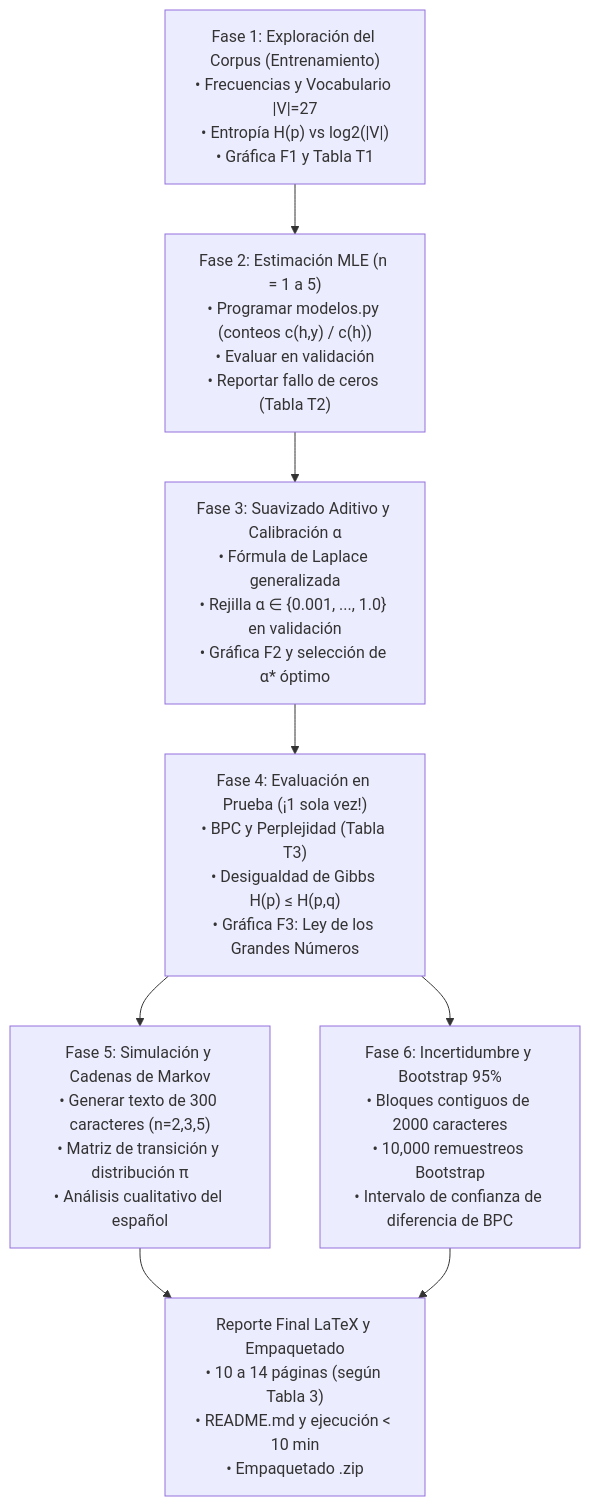
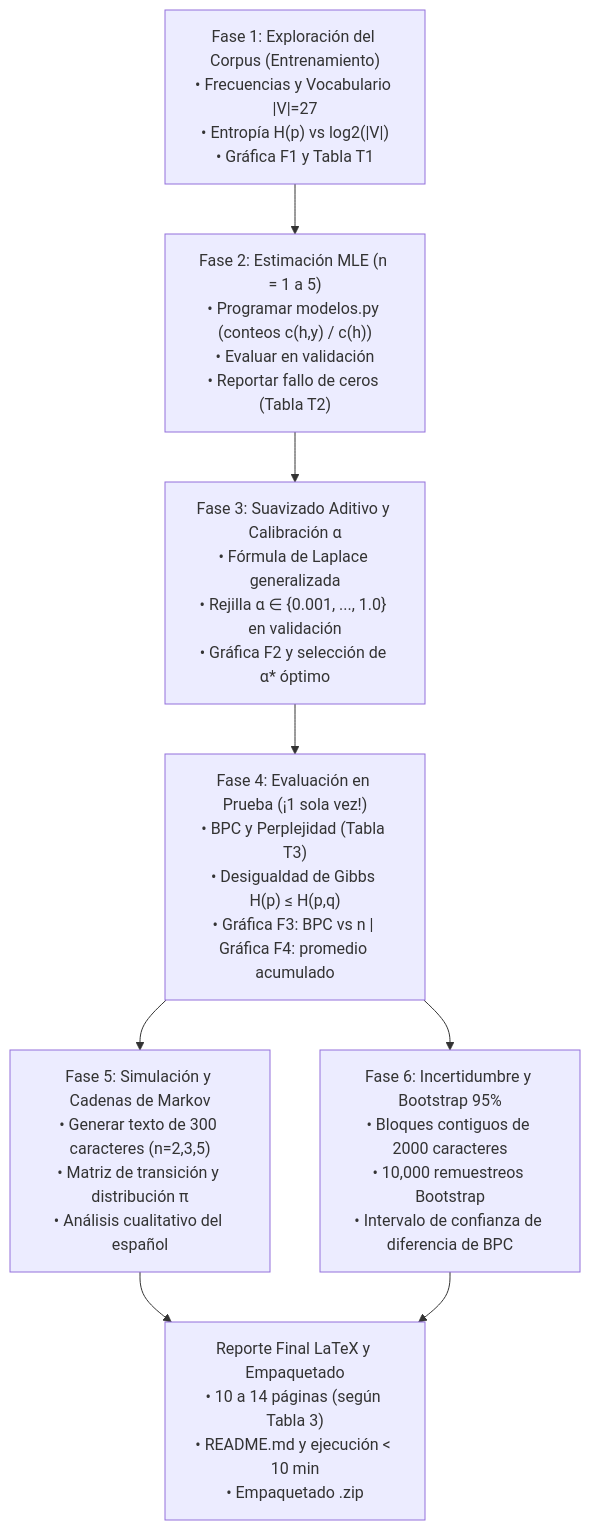
One commit to ZintG/ProyectoProbabilidad changed the diagram in Tareas a realizar y orden.md. Above: the diagram before and after it, drawn with Mermaid. The commit also changed other lines of this file and 16 other files, not shown here.

First line of the commit message:
Semana 3: Fase 4 (T3, Gibbs, F3/F4 log) y Fase 5 (pi, muestras, F5)

````diff
--- a/Tareas a realizar y orden.md
+++ b/Tareas a realizar y orden.md
@@ -46,18 +46,18 @@
 ```mermaid
 flowchart TD
     Fase1["Fase 1: Exploración del Corpus (Entrenamiento)<br>• Frecuencias y Vocabulario |V|=27<br>• Entropía H(p) vs log2(|V|)<br>• Gráfica F1 y Tabla T1"]
     Fase2["Fase 2: Estimación MLE (n = 1 a 5)<br>• Programar modelos.py (conteos c(h,y) / c(h))<br>• Evaluar en validación<br>• Reportar fallo de ceros (Tabla T2)"]
     Fase3["Fase 3: Suavizado Aditivo y Calibración α<br>• Fórmula de Laplace generalizada<br>• Rejilla α ∈ {0.001, ..., 1.0} en validación<br>• Gráfica F2 y selección de α* óptimo"]
-    Fase4["Fase 4: Evaluación en Prueba (¡1 sola vez!)<br>• BPC y Perplejidad (Tabla T3)<br>• Desigualdad de Gibbs H(p) ≤ H(p,q)<br>• Gráfica F3: Ley de los Grandes Números"]
+    Fase4["Fase 4: Evaluación en Prueba (¡1 sola vez!)<br>• BPC y Perplejidad (Tabla T3)<br>• Desigualdad de Gibbs H(p) ≤ H(p,q)<br>• Gráfica F3: BPC vs n | Gráfica F4: promedio acumulado"]
     Fase5["Fase 5: Simulación y Cadenas de Markov<br>• Generar texto de 300 caracteres (n=2,3,5)<br>• Matriz de transición y distribución π<br>• Análisis cualitativo del español"]
     Fase6["Fase 6: Incertidumbre y Bootstrap 95%<br>• Bloques contiguos de 2000 caracteres<br>• 10,000 remuestreos Bootstrap<br>• Intervalo de confianza de diferencia de BPC"]
     Reporte["Reporte Final LaTeX y Empaquetado<br>• 10 a 14 páginas (según Tabla 3)<br>• README.md y ejecución < 10 min<br>• Empaquetado .zip"]
 
     Fase1 --> Fase2
     Fase2 --> Fase3
     Fase3 --> Fase4
     Fase4 --> Fase5
     Fase4 --> Fase6
     Fase5 --> Reporte
     Fase6 --> Reporte
 ```
````
